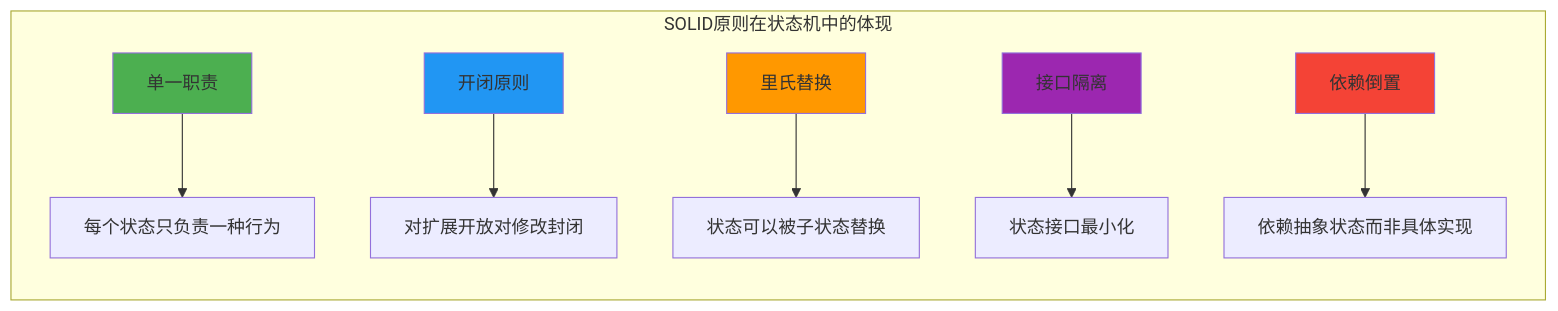
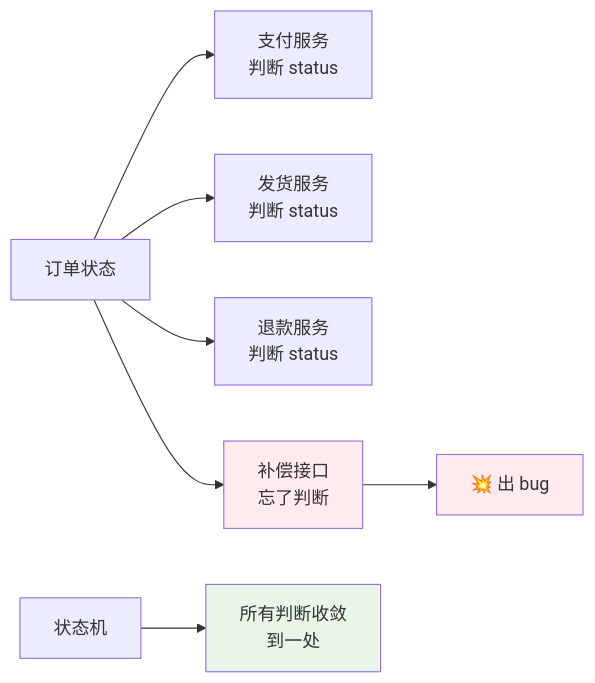
One commit to chongyang211/YCBookBlog changed the sixth of 18 diagrams in 00.通用技术的提升/07.方案设计思想/6.研发的效能/28.状态机设计的思想.md. Above: the diagram before and after it, drawn with Mermaid. The commit also changed other lines of this file and 5 other files, not shown here.

````diff
--- a/00.通用技术的提升/07.方案设计思想/6.研发的效能/28.状态机设计的思想.md
+++ b/00.通用技术的提升/07.方案设计思想/6.研发的效能/28.状态机设计的思想.md
@@ -954,16 +230,15 @@
 ```mermaid
 graph LR
-    subgraph "SOLID原则在状态机中的体现"
-        A[单一职责] --> A1[每个状态只负责一种行为]
-        B[开闭原则] --> B1[对扩展开放对修改封闭]
-        C[里氏替换] --> C1[状态可以被子状态替换]
-        D[接口隔离] --> D1[状态接口最小化]
-        E[依赖倒置] --> E1[依赖抽象状态而非具体实现]
-    end
+    A[订单状态] --> B1[支付服务<br/>判断 status]
+    A --> B2[发货服务<br/>判断 status]
+    A --> B3[退款服务<br/>判断 status]
+    A --> B4[补偿接口<br/>忘了判断]
     
-    style A fill:#4caf50
-    style B fill:#2196f3
-    style C fill:#ff9800
-    style D fill:#9c27b0
-    style E fill:#f44336
+    B4 --> Bug[💥 出 bug]
+    
+    Solve[状态机] --> One[所有判断收敛<br/>到一处]
+    
+    style B4 fill:#ffebee
+    style Bug fill:#ffebee
+    style One fill:#e8f5e8
 ```
````
